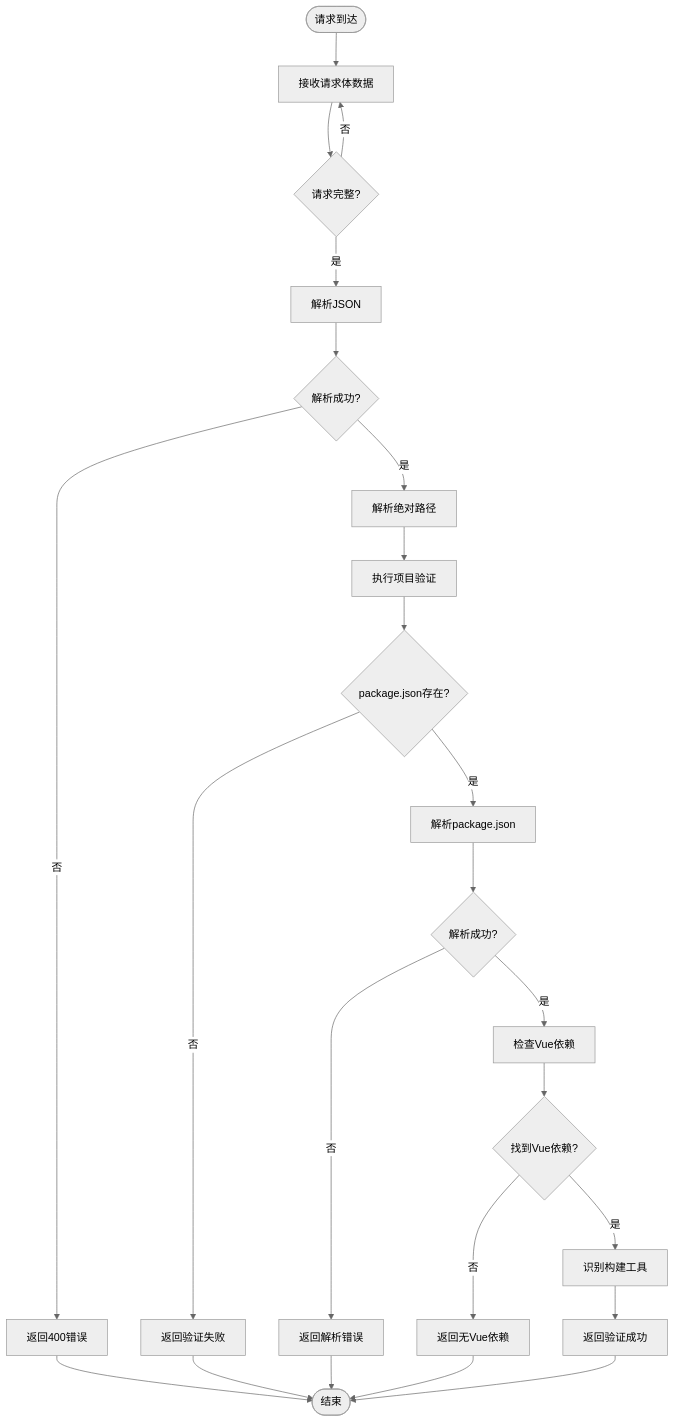
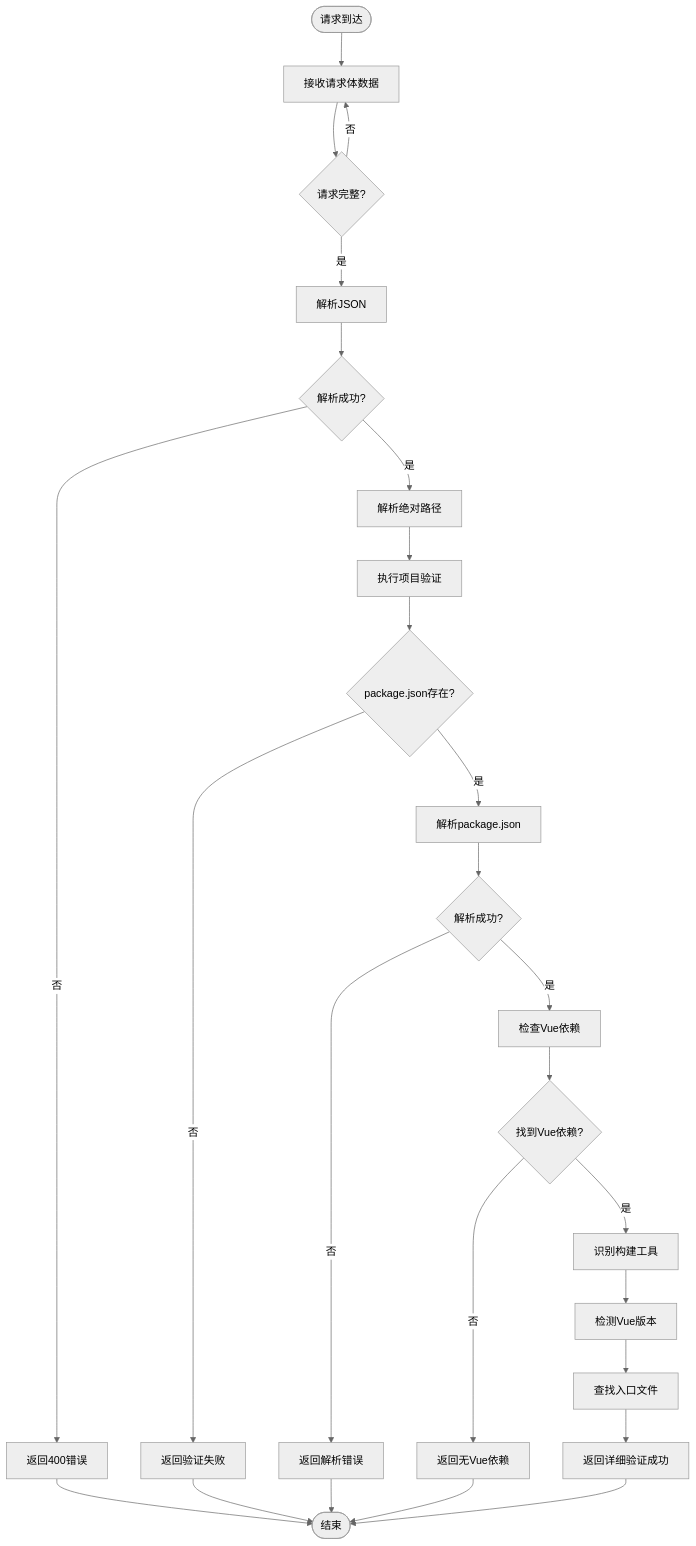
Before and after one commit to itszzl-sudo/iris: the third of 7 diagrams in .qoder/repowiki/zh/content/API参考手册/验证API端点详细说明.md, drawn with Mermaid (neutral theme). The commit also changed other lines of this file and 5 other files, not shown here.

````diff
--- a/.qoder/repowiki/zh/content/API参考手册/验证API端点详细说明.md
+++ b/.qoder/repowiki/zh/content/API参考手册/验证API端点详细说明.md
@@ -173,26 +204,28 @@
 ```mermaid
 flowchart TD
 Start([请求到达]) --> ParseBody["接收请求体数据"]
 ParseBody --> ParseEnd{"请求完整?"}
 ParseEnd --> |否| ParseBody
 ParseEnd --> |是| ParseJSON["解析JSON"]
 ParseJSON --> ParseSuccess{"解析成功?"}
 ParseSuccess --> |否| Return400["返回400错误"]
 ParseSuccess --> |是| ResolvePath["解析绝对路径"]
 ResolvePath --> ValidateProject["执行项目验证"]
 ValidateProject --> CheckPackage{"package.json存在?"}
 CheckPackage --> |否| ReturnFail["返回验证失败"]
 CheckPackage --> |是| ParsePackage["解析package.json"]
 ParsePackage --> ParsePackageSuccess{"解析成功?"}
 ParsePackageSuccess --> |否| ReturnParseError["返回解析错误"]
 ParsePackageSuccess --> |是| CheckVue["检查Vue依赖"]
 CheckVue --> CheckVueResult{"找到Vue依赖?"}
 CheckVueResult --> |是| DetectBuildTool["识别构建工具"]
 CheckVueResult --> |否| ReturnNoVue["返回无Vue依赖"]
-DetectBuildTool --> ReturnSuccess["返回验证成功"]
+DetectBuildTool --> DetectVueVersion["检测Vue版本"]
+DetectVueVersion --> FindEntryFile["查找入口文件"]
+FindEntryFile --> ReturnSuccess["返回详细验证成功"]
 Return400 --> End([结束])
 ReturnFail --> End
 ReturnParseError --> End
 ReturnNoVue --> End
 ReturnSuccess --> End
 ```
````
